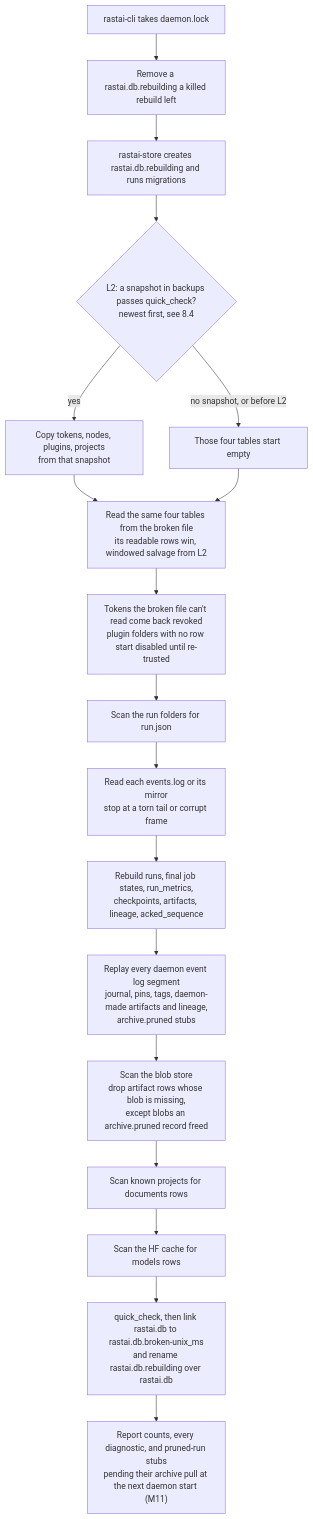
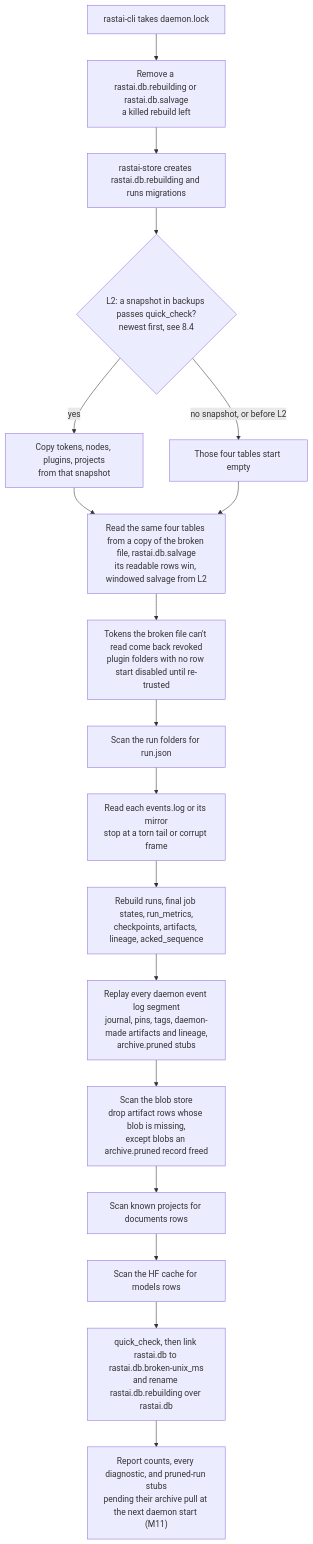
Before and after one commit to Snubiss/RASTAI-Research-Studio: diagram 28 of 55 in docs/architecture/flows/platform.md, drawn with Mermaid. The commit also changed other lines of this file and 12 other files, not shown here.

````diff
--- a/docs/architecture/flows/platform.md
+++ b/docs/architecture/flows/platform.md
@@ -1370,20 +1370,20 @@
 ```mermaid
 flowchart TD
-  A["rastai-cli takes daemon.lock"] --> B["Remove a rastai.db.rebuilding a killed rebuild left"]
+  A["rastai-cli takes daemon.lock"] --> B["Remove a rastai.db.rebuilding or rastai.db.salvage<br/>a killed rebuild left"]
   B --> C["rastai-store creates rastai.db.rebuilding and runs migrations"]
   C --> D{"L2: a snapshot in backups passes quick_check?<br/>newest first, see 8.4"}
   D -->|"yes"| E["Copy tokens, nodes, plugins, projects<br/>from that snapshot"]
   D -->|"no snapshot, or before L2"| F["Those four tables start empty"]
-  E --> SAL["Read the same four tables from the broken file<br/>its readable rows win, windowed salvage from L2"]
+  E --> SAL["Read the same four tables from a copy of the broken file, rastai.db.salvage<br/>its readable rows win, windowed salvage from L2"]
   F --> SAL
   SAL --> TOK["Tokens the broken file can't read come back revoked<br/>plugin folders with no row start disabled until re-trusted"]
   TOK --> G["Scan the run folders for run.json"]
   G --> H["Read each events.log or its mirror<br/>stop at a torn tail or corrupt frame"]
   H --> I["Rebuild runs, final job states, run_metrics,<br/>checkpoints, artifacts, lineage, acked_sequence"]
   I --> J["Replay every daemon event log segment<br/>journal, pins, tags, daemon-made artifacts and lineage,<br/>archive.pruned stubs"]
   J --> K["Scan the blob store<br/>drop artifact rows whose blob is missing,<br/>except blobs an archive.pruned record freed"]
   K --> L["Scan known projects for documents rows"]
   L --> M["Scan the HF cache for models rows"]
   M --> Q["quick_check, then link rastai.db to rastai.db.broken-unix_ms<br/>and rename rastai.db.rebuilding over rastai.db"]
   Q --> N["Report counts, every diagnostic, and pruned-run stubs<br/>pending their archive pull at the next daemon start (M11)"]
 ```
````
